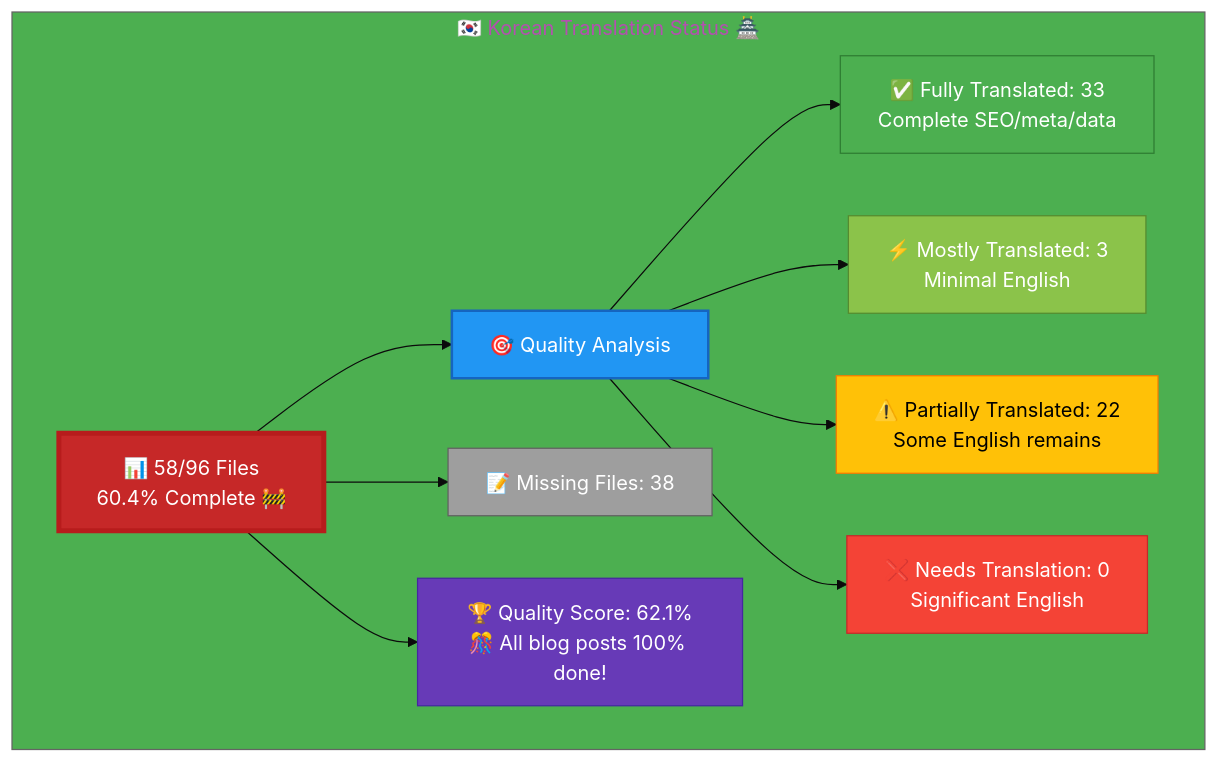
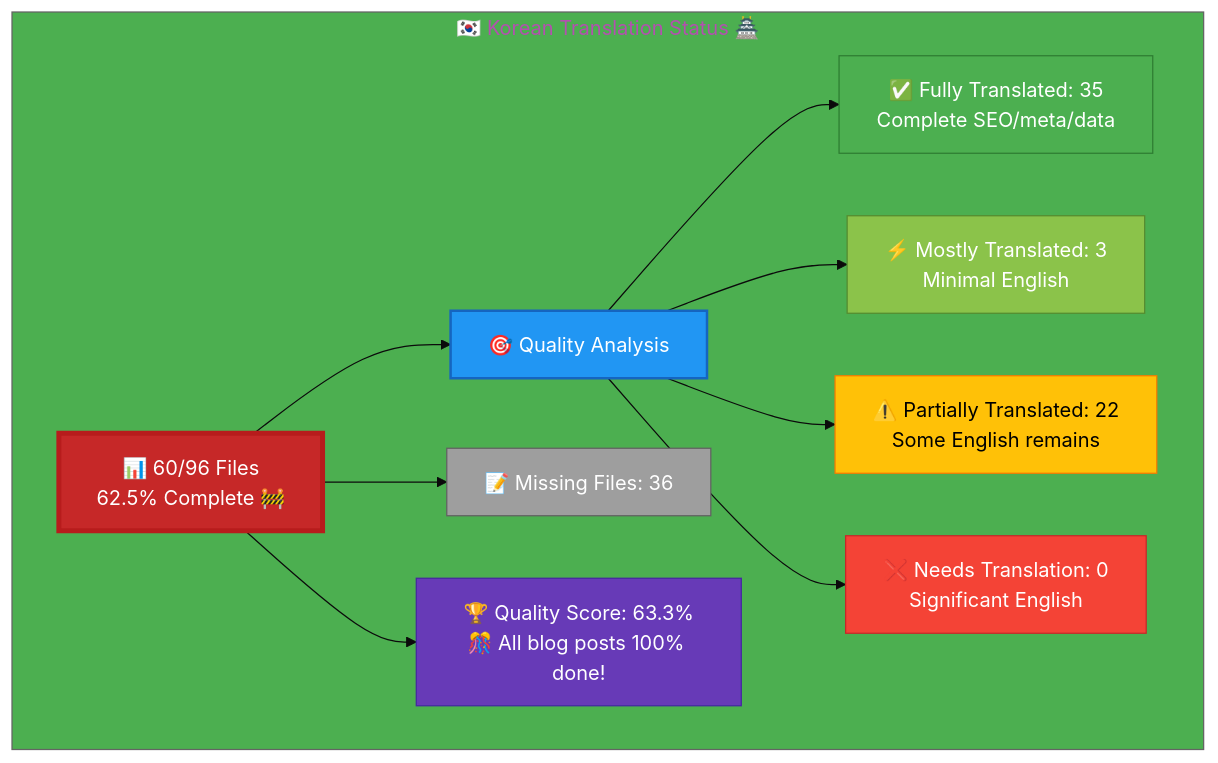
The diagram in Korean-Translation-Status.md (Hack23/homepage), drawn with Mermaid before and after one commit. The commit also changed other lines of this file, not shown here.

````diff
--- a/Korean-Translation-Status.md
+++ b/Korean-Translation-Status.md
@@ -12,26 +12,26 @@
 ```mermaid
 %%{init: {'theme':'base', 'themeVariables': {'primaryColor':'#C62828','secondaryColor':'#2196F3','tertiaryColor':'#4CAF50','fontSize':'16px'}}}%%
 graph TB
     subgraph "🇰🇷 Korean Translation Status 🏯"
-        A["📊 58/96 Files<br/>60.4% Complete 🚧"]
+        A["📊 60/96 Files<br/>62.5% Complete 🚧"]
         
         A --> B["🎯 Quality Analysis"]
-        B --> C["✅ Fully Translated: 33<br/>Complete SEO/meta/data"]
+        B --> C["✅ Fully Translated: 35<br/>Complete SEO/meta/data"]
         B --> D["⚡ Mostly Translated: 3<br/>Minimal English"]
         B --> E["⚠️  Partially Translated: 22<br/>Some English remains"]
         B --> F["❌ Needs Translation: 0<br/>Significant English"]
         
-        A --> G["📝 Missing Files: 38"]
+        A --> G["📝 Missing Files: 36"]
         
-        A --> H["🏆 Quality Score: 62.1%<br/>🎊 All blog posts 100% done!"]
+        A --> H["🏆 Quality Score: 63.3%<br/>🎊 All blog posts 100% done!"]
         
         style A fill:#C62828,stroke:#B71C1C,color:#fff,stroke-width:4px
         style B fill:#2196F3,stroke:#1565C0,color:#fff,stroke-width:2px
         style C fill:#4CAF50,stroke:#2E7D32,color:#fff
         style D fill:#8BC34A,stroke:#558B2F,color:#fff
         style E fill:#FFC107,stroke:#F57C00,color:#000
         style F fill:#F44336,stroke:#C62828,color:#fff
         style G fill:#9E9E9E,stroke:#616161,color:#fff
         style H fill:#673AB7,stroke:#4527A0,color:#fff
     end
 ```
````
